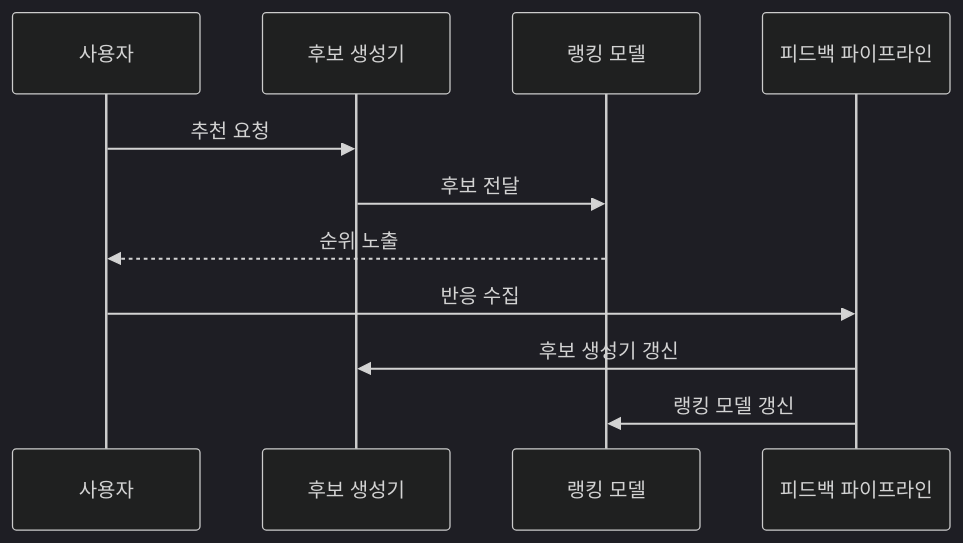
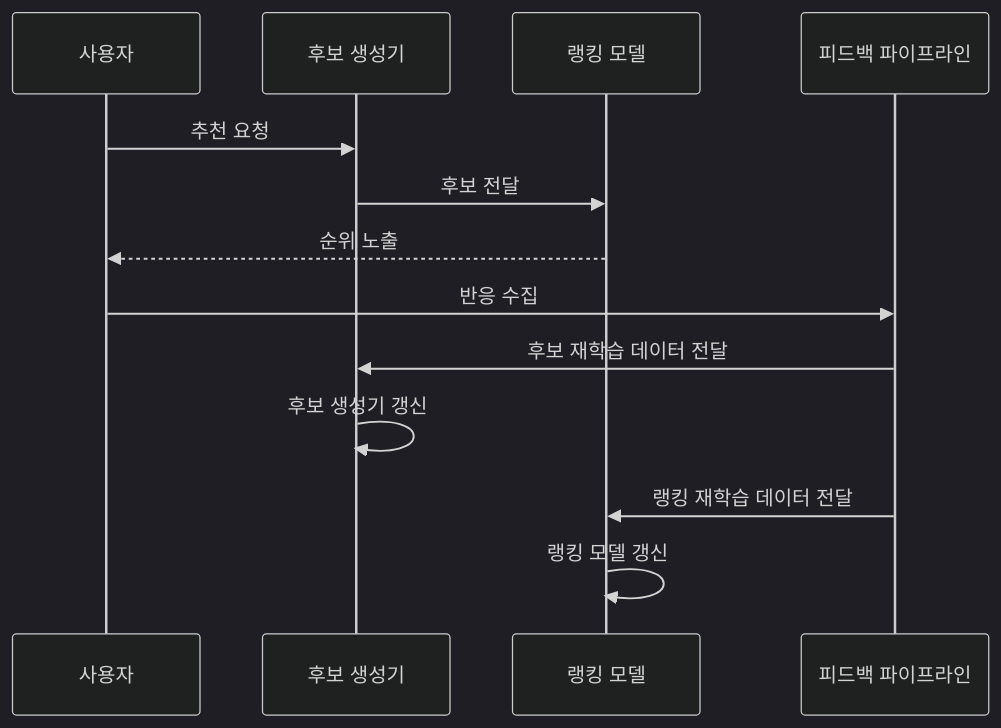
One commit to agnusdei1207/knowledge-base changed the second of 2 diagrams in src/content/docs/notes/01-basic-theory/054_recommendation_system.md. Above: the diagram before and after it, drawn with Mermaid (dark theme). The commit also changed other lines of this file and 27 other files, not shown here.

````diff
--- a/src/content/docs/notes/01-basic-theory/054_recommendation_system.md
+++ b/src/content/docs/notes/01-basic-theory/054_recommendation_system.md
@@ -84,13 +84,15 @@
 ```mermaid
 sequenceDiagram
     participant U as 사용자
     participant C as 후보 생성기
     participant R as 랭킹 모델
     participant P as 피드백 파이프라인
     U->>C: 추천 요청
-    C->>R: 후보 전달
-    R-->>U: 순위 노출
-    U->>P: 반응 수집
-    P->>C: 후보 생성기 갱신
-    P->>R: 랭킹 모델 갱신
+      C->>R: 후보 전달
+      R-->>U: 순위 노출
+      U->>P: 반응 수집
+      P->>C: 후보 재학습 데이터 전달
+      C->>C: 후보 생성기 갱신
+      P->>R: 랭킹 재학습 데이터 전달
+      R->>R: 랭킹 모델 갱신
 ```
````
